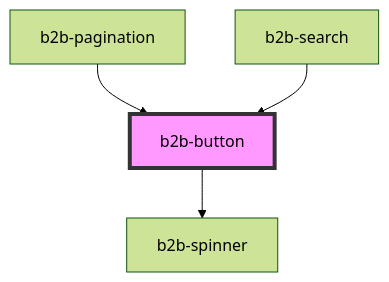
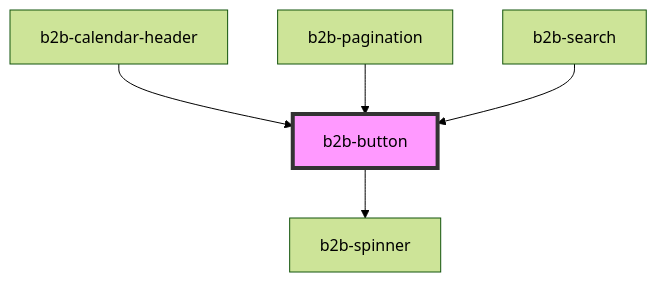
The diagram in packages/core-components/src/components/button/readme.md (otto-de/b2b-design-system), drawn with Mermaid (forest theme) before and after one commit. The commit also changed other lines of this file and 15 other files, not shown here.

````diff
--- a/packages/core-components/src/components/button/readme.md
+++ b/packages/core-components/src/components/button/readme.md
@@ -49,7 +50,8 @@
 ```mermaid
 graph TD;
   b2b-button --> b2b-spinner
+  b2b-calendar-header --> b2b-button
   b2b-pagination --> b2b-button
   b2b-search --> b2b-button
   style b2b-button fill:#f9f,stroke:#333,stroke-width:4px
 ```
````
